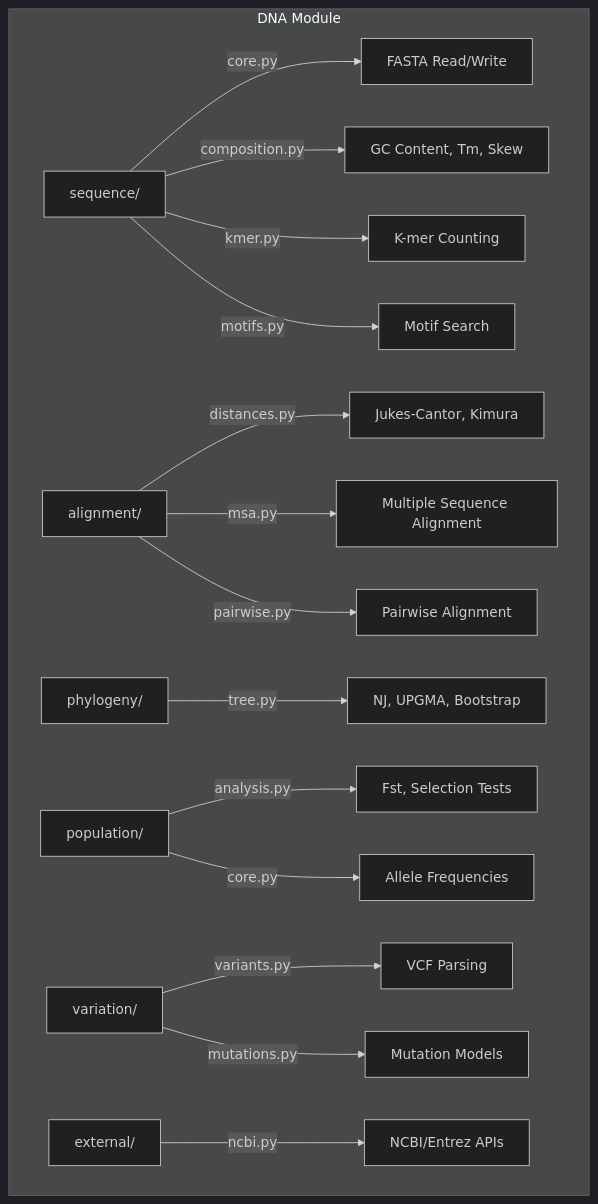
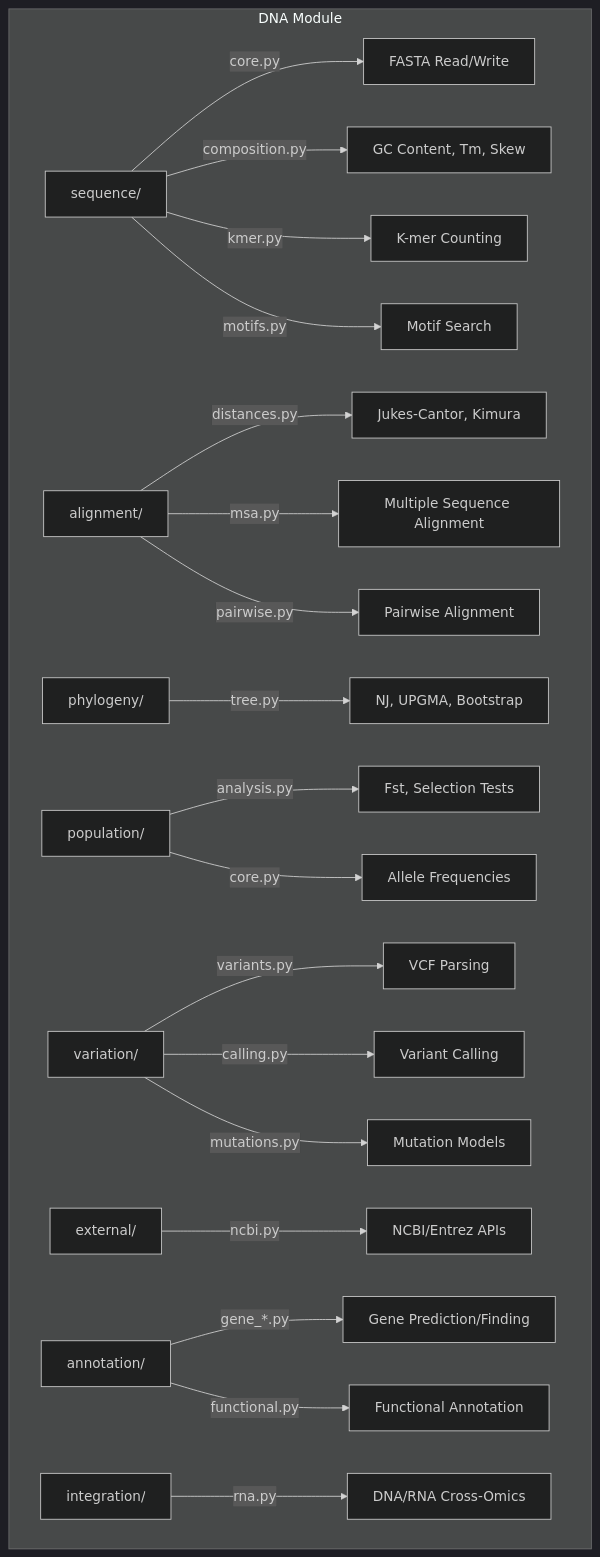
The diagram in docs/dna/README.md (docxology/MetaInformAnt), drawn with Mermaid (dark theme) before and after one commit. The commit also changed other lines of this file and 5 other files, not shown here.

````diff
--- a/docs/dna/README.md
+++ b/docs/dna/README.md
@@ -20,23 +21,29 @@
 ```mermaid
 graph TD
     subgraph "DNA Module"
         SE[sequence/] --> |core.py| RW[FASTA Read/Write]
         SE --> |composition.py| GC[GC Content, Tm, Skew]
         SE --> |kmer.py| KM[K-mer Counting]
         SE --> |motifs.py| MO[Motif Search]
 
         AL[alignment/] --> |distances.py| DI[Jukes-Cantor, Kimura]
         AL --> |msa.py| MS[Multiple Sequence Alignment]
         AL --> |pairwise.py| PW[Pairwise Alignment]
 
         PH[phylogeny/] --> |tree.py| TR[NJ, UPGMA, Bootstrap]
 
         PO[population/] --> |analysis.py| FS[Fst, Selection Tests]
         PO --> |core.py| PG[Allele Frequencies]
 
         VA[variation/] --> |variants.py| VC[VCF Parsing]
+        VA --> |calling.py| CA[Variant Calling]
         VA --> |mutations.py| MU[Mutation Models]
 
         EX[external/] --> |ncbi.py| NC[NCBI/Entrez APIs]
+
+        AN[annotation/] --> |gene_*.py| GP[Gene Prediction/Finding]
+        AN --> |functional.py| FA[Functional Annotation]
+
+        IN[integration/] --> |rna.py| RN[DNA/RNA Cross-Omics]
     end
 ```
````
